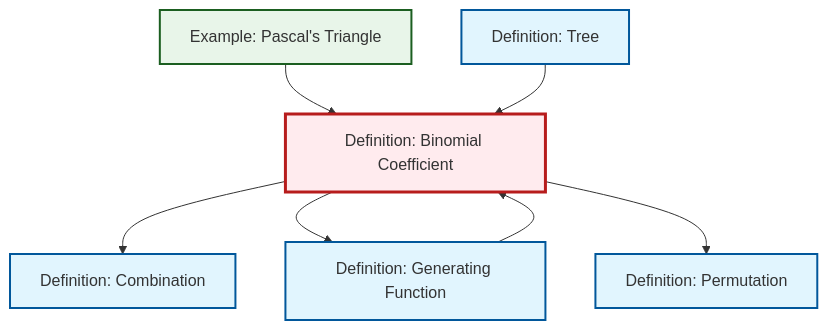
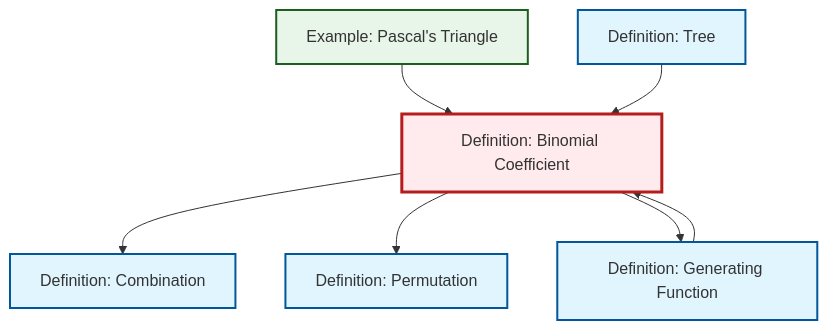
One commit to RK0429/ModernMath changed the diagram in content/ja/combinatorics/def-binomial-coefficient.qmd. Above: the diagram before and after it, drawn with Mermaid. The commit also changed other lines of this file and 619 other files, not shown here.

````diff
--- a/content/ja/combinatorics/def-binomial-coefficient.qmd
+++ b/content/ja/combinatorics/def-binomial-coefficient.qmd
@@ -67,27 +67,27 @@
 ```{mermaid}
 %%| fig-cap: "Local dependency graph"
 graph TD
     classDef definition fill:#e1f5fe,stroke:#01579b,stroke-width:2px
     classDef theorem fill:#f3e5f5,stroke:#4a148c,stroke-width:2px
     classDef axiom fill:#fff3e0,stroke:#e65100,stroke-width:2px
     classDef example fill:#e8f5e9,stroke:#1b5e20,stroke-width:2px
     classDef current fill:#ffebee,stroke:#b71c1c,stroke-width:3px
     def-combination["Definition: Combination"]:::definition
+    def-permutation["Definition: Permutation"]:::definition
+    ex-pascals-triangle["Example: Pascal's Triangle"]:::example
     def-binomial-coefficient["Definition: Binomial Coefficient"]:::definition
     def-generating-function["Definition: Generating Function"]:::definition
-    ex-pascals-triangle["Example: Pascal's Triangle"]:::example
-    def-permutation["Definition: Permutation"]:::definition
     def-tree["Definition: Tree"]:::definition
     def-binomial-coefficient --> def-combination
+    def-binomial-coefficient --> def-permutation
+    def-generating-function --> def-binomial-coefficient
     def-binomial-coefficient --> def-generating-function
     ex-pascals-triangle --> def-binomial-coefficient
-    def-binomial-coefficient --> def-permutation
-    def-generating-function --> def-binomial-coefficient
     def-tree --> def-binomial-coefficient
     class def-binomial-coefficient current
     click def-combination "def-combination.html" "Definition: Combinationへ"
+    click def-permutation "def-permutation.html" "Definition: Permutationへ"
+    click ex-pascals-triangle "ex-pascals-triangle.html" "Example: Pascal's Triangleへ"
     click def-generating-function "def-generating-function.html" "Definition: Generating Functionへ"
-    click ex-pascals-triangle "ex-pascals-triangle.html" "Example: Pascal's Triangleへ"
-    click def-permutation "def-permutation.html" "Definition: Permutationへ"
     click def-tree "def-tree.html" "Definition: Treeへ"
 ```
````
